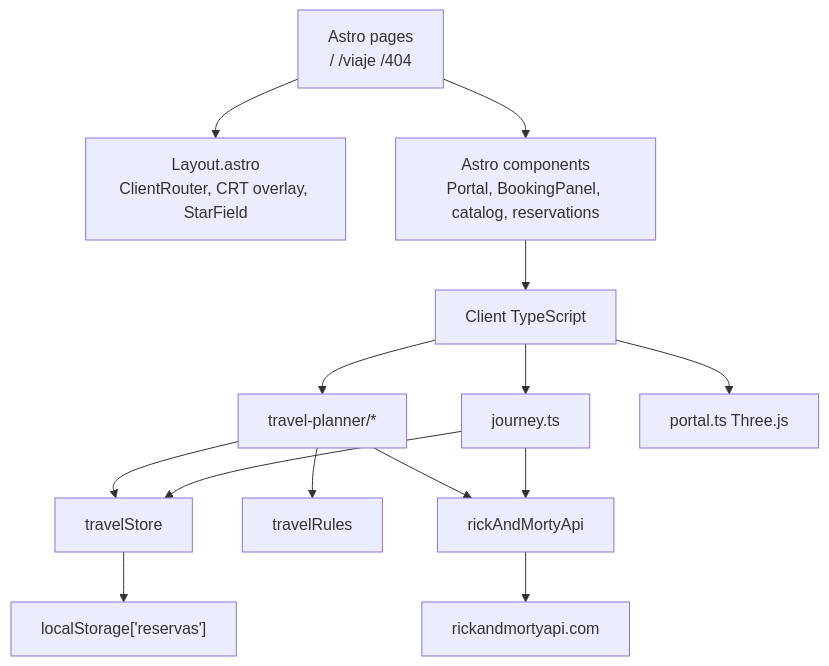
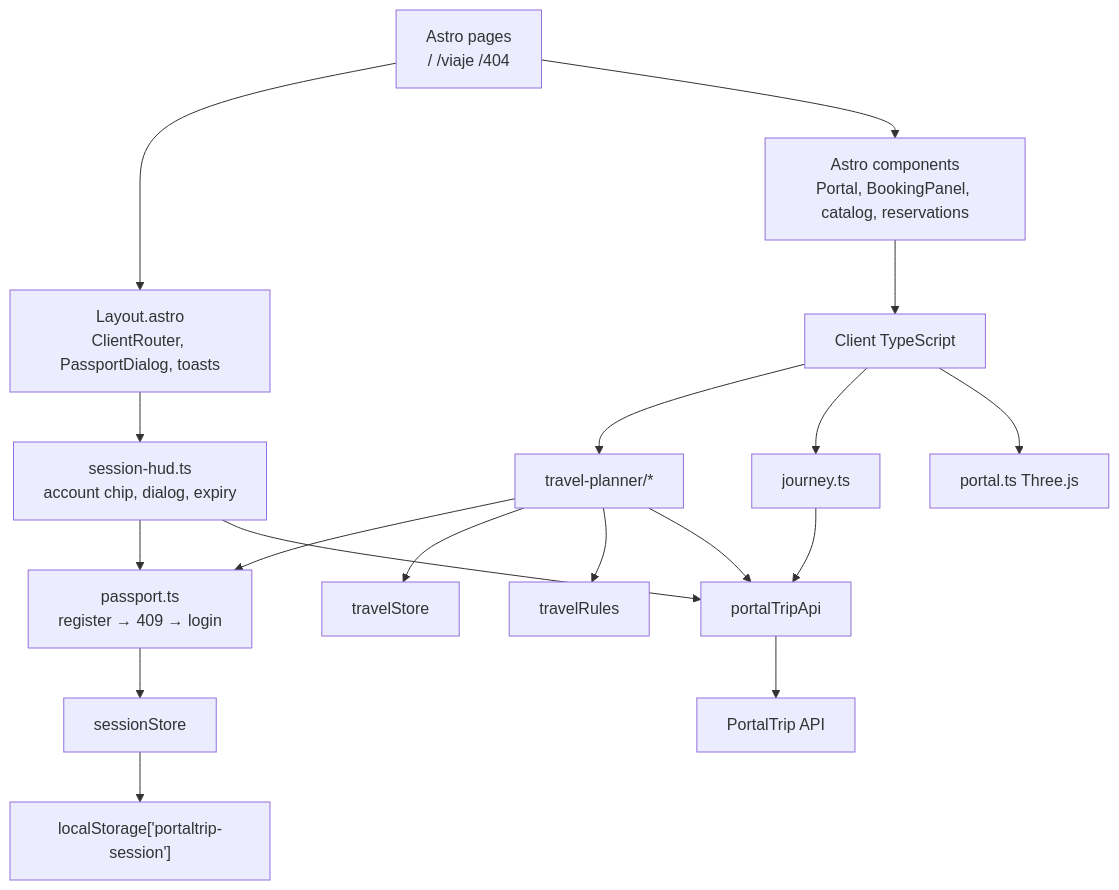
The diagram in README.md (Prgm-code/portaltrip-frontend), drawn with Mermaid before and after one commit. The commit also changed other lines of this file and 43 other files, not shown here.

First line of the commit message:
Integrate frontend with PortalTrip API and passport flow

````diff
--- a/README.md
+++ b/README.md
@@ -32,16 +33,20 @@
 ```mermaid
 flowchart TD
-  pages["Astro pages<br>/ /viaje /404"] --> layout["Layout.astro<br>ClientRouter, CRT overlay, StarField"]
+  pages["Astro pages<br>/ /viaje /404"] --> layout["Layout.astro<br>ClientRouter, PassportDialog, toasts"]
   pages --> components["Astro components<br>Portal, BookingPanel, catalog, reservations"]
+  layout --> hud["session-hud.ts<br>account chip, dialog, expiry"]
   components --> scripts["Client TypeScript"]
   scripts --> planner["travel-planner/*"]
   scripts --> journey["journey.ts"]
   scripts --> portal["portal.ts Three.js"]
+  planner --> passport["passport.ts<br>register → 409 → login"]
+  hud --> passport
   planner --> store["travelStore"]
-  journey --> store
+  passport --> session["sessionStore"]
   planner --> rules["travelRules"]
-  planner --> api["rickAndMortyApi"]
+  planner --> api["portalTripApi"]
   journey --> api
-  store --> storage["localStorage['reservas']"]
-  api --> rm["rickandmortyapi.com"]
+  hud --> api
+  session --> storage["localStorage['portaltrip-session']"]
+  api --> pt["PortalTrip API"]
 ```
````
